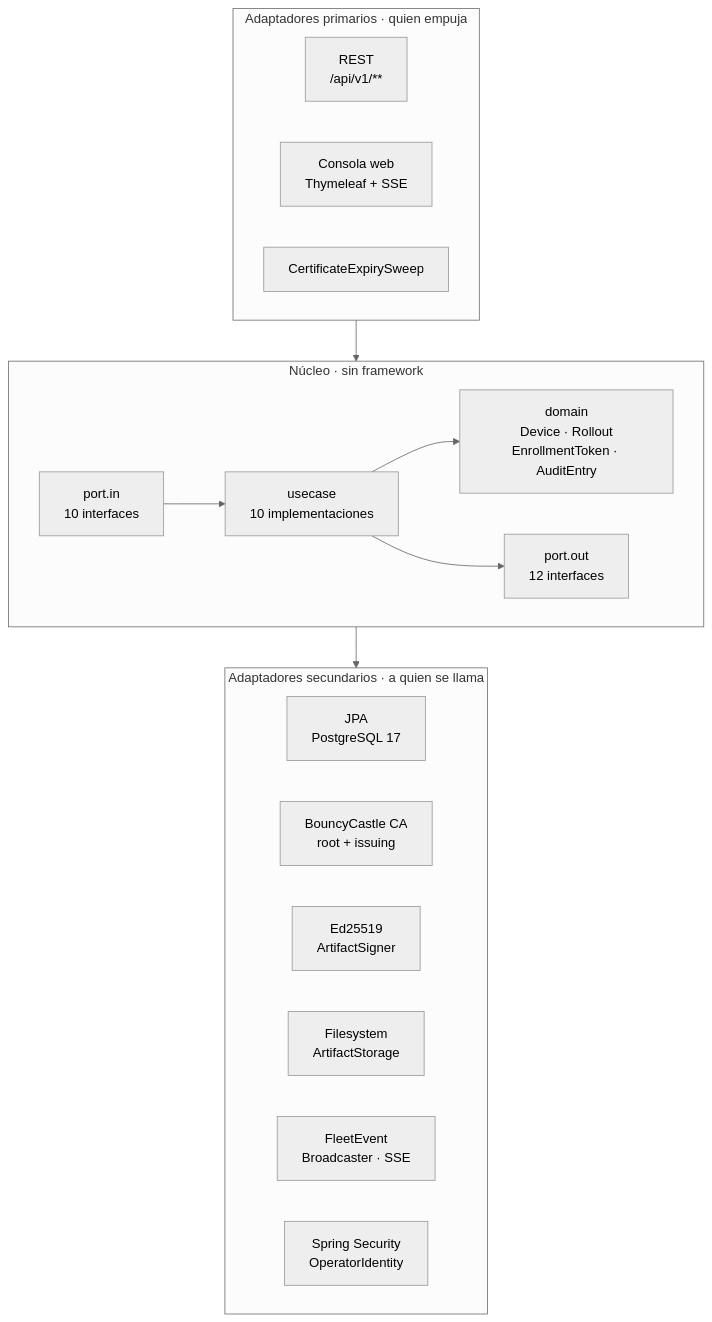
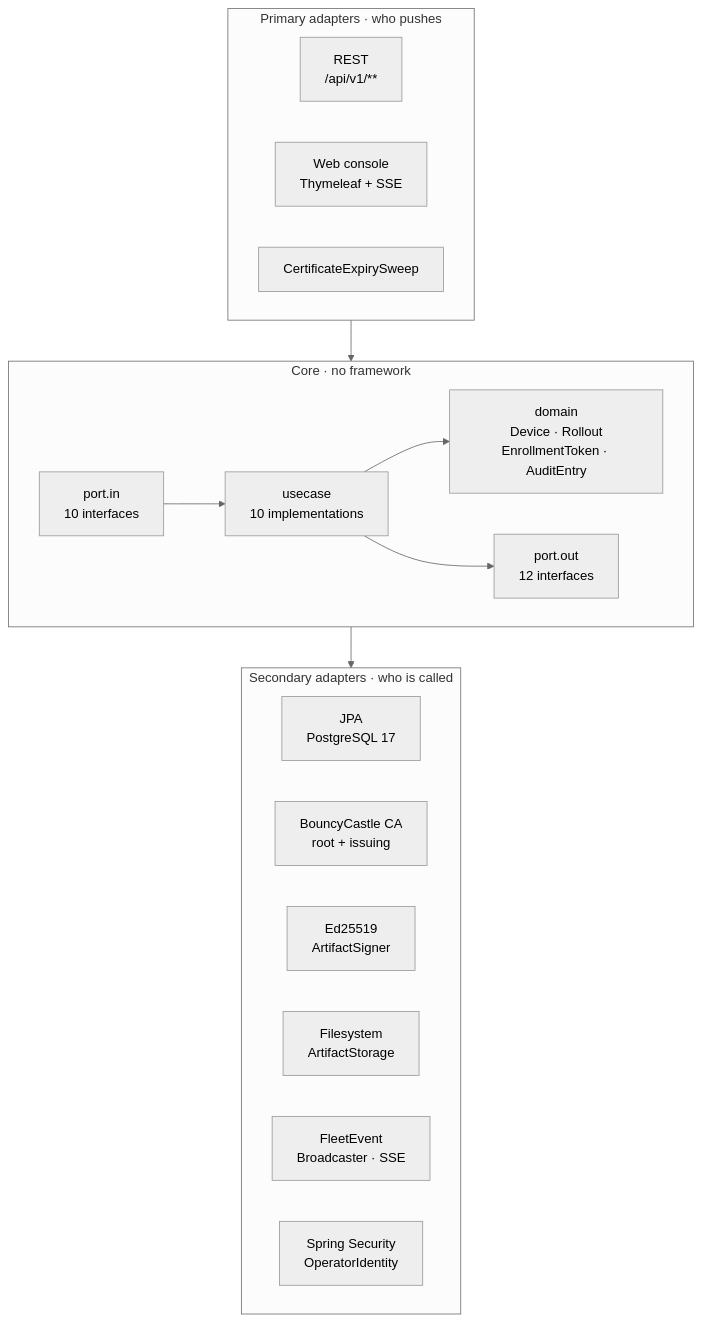
Before and after one commit to Zoel-Manchon/keystone-control-plane: the second of 9 diagrams in README.md, drawn with Mermaid (neutral theme). The commit also changed other lines of this file, not shown here.

First line of the commit message:
docs: rewrite the README in English, around the architecture

````diff
--- a/README.md
+++ b/README.md
@@ -57,32 +70,32 @@
 ```mermaid
 flowchart TB
-    subgraph DRIVING["Adaptadores primarios · quien empuja"]
+    subgraph DRIVING["Primary adapters · who pushes"]
         direction LR
         REST["REST<br/>/api/v1/**"]
-        WEB["Consola web<br/>Thymeleaf + SSE"]
+        WEB["Web console<br/>Thymeleaf + SSE"]
         SWEEP["CertificateExpirySweep"]
     end
 
-    subgraph CORE["Núcleo · sin framework"]
+    subgraph CORE["Core · no framework"]
         direction LR
         PIN["port.in<br/>10 interfaces"]
-        UCS["usecase<br/>10 implementaciones"]
+        UCS["usecase<br/>10 implementations"]
         DOMAIN["domain<br/>Device · Rollout<br/>EnrollmentToken · AuditEntry"]
         POUT["port.out<br/>12 interfaces"]
         PIN --> UCS
         UCS --> DOMAIN
         UCS --> POUT
     end
 
-    subgraph DRIVEN["Adaptadores secundarios · a quien se llama"]
+    subgraph DRIVEN["Secondary adapters · who is called"]
         direction LR
         JPA["JPA<br/>PostgreSQL 17"]
         BC["BouncyCastle CA<br/>root + issuing"]
         ED["Ed25519<br/>ArtifactSigner"]
         FSS["Filesystem<br/>ArtifactStorage"]
         BUS["FleetEvent<br/>Broadcaster · SSE"]
         SECU["Spring Security<br/>OperatorIdentity"]
     end
 
     DRIVING --> CORE --> DRIVEN
 ```
````
